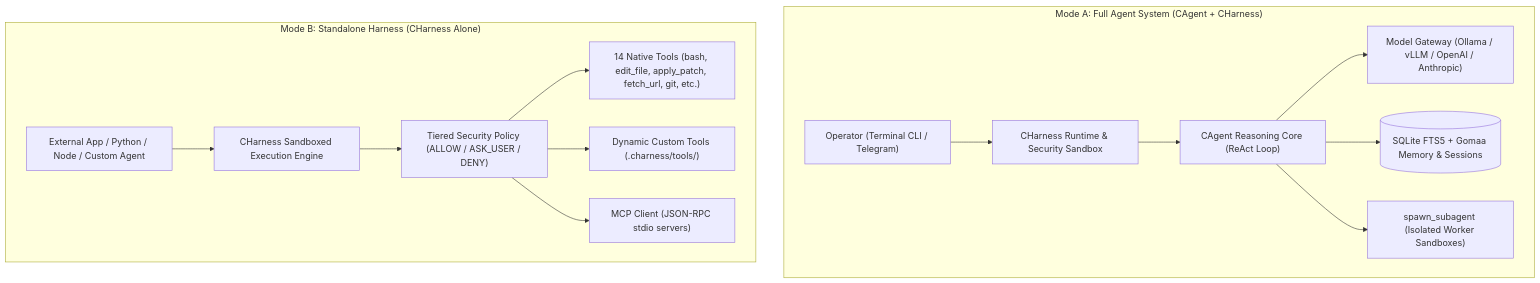
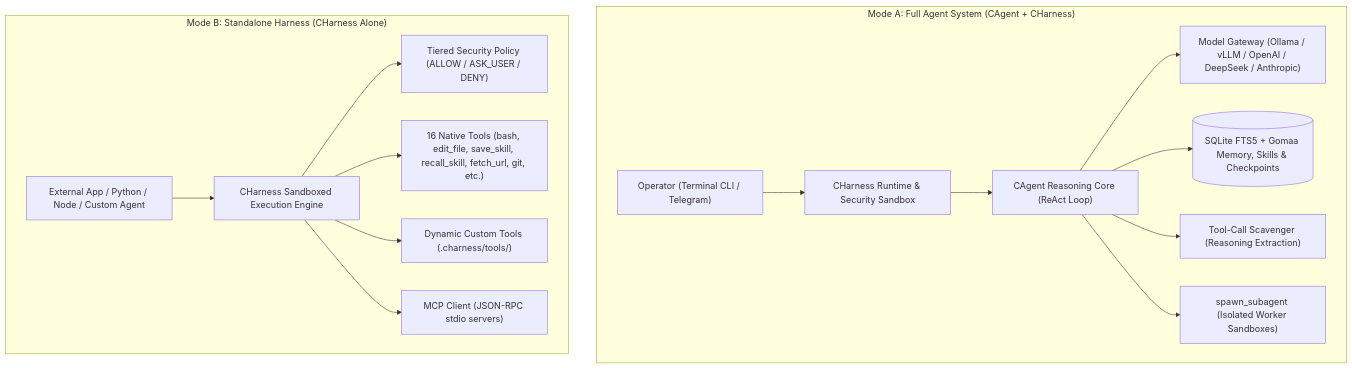
The first of 2 diagrams in README.md (M4F-S/Belya), drawn with Mermaid before and after one commit. The commit also changed other lines of this file and 9 other files, not shown here.

Commit message:
feat: Evolution 4.0 — tool scavenger, 3-zone cache, skills loop, checkpoints & rollback, trajectory export

````diff
--- a/README.md
+++ b/README.md
@@ -16,18 +16,19 @@
 ```mermaid
 graph TD
     subgraph "Mode A: Full Agent System (CAgent + CHarness)"
         User["Operator (Terminal CLI / Telegram)"] --> H["CHarness Runtime & Security Sandbox"]
         H --> A["CAgent Reasoning Core (ReAct Loop)"]
-        A --> GW["Model Gateway (Ollama / vLLM / OpenAI / Anthropic)"]
-        A --> DB[("SQLite FTS5 + Gomaa Memory & Sessions")]
+        A --> GW["Model Gateway (Ollama / vLLM / OpenAI / DeepSeek / Anthropic)"]
+        A --> DB[("SQLite FTS5 + Gomaa Memory, Skills & Checkpoints")]
+        A --> SCAV["Tool-Call Scavenger (Reasoning Extraction)"]
         A --> SUB["spawn_subagent (Isolated Worker Sandboxes)"]
     end
 
     subgraph "Mode B: Standalone Harness (CHarness Alone)"
         Ext["External App / Python / Node / Custom Agent"] --> H2["CHarness Sandboxed Execution Engine"]
         H2 --> SEC["Tiered Security Policy (ALLOW / ASK_USER / DENY)"]
-        SEC --> T1["14 Native Tools (bash, edit_file, apply_patch, fetch_url, git, etc.)"]
-        SEC --> T2["Dynamic Custom Tools (.charness/tools/)"]
-        SEC --> T3["MCP Client (JSON-RPC stdio servers)"]
+        H2 --> T1["16 Native Tools (bash, edit_file, save_skill, recall_skill, fetch_url, git, etc.)"]
+        H2 --> T2["Dynamic Custom Tools (.charness/tools/)"]
+        H2 --> T3["MCP Client (JSON-RPC stdio servers)"]
     end
 ```
````
